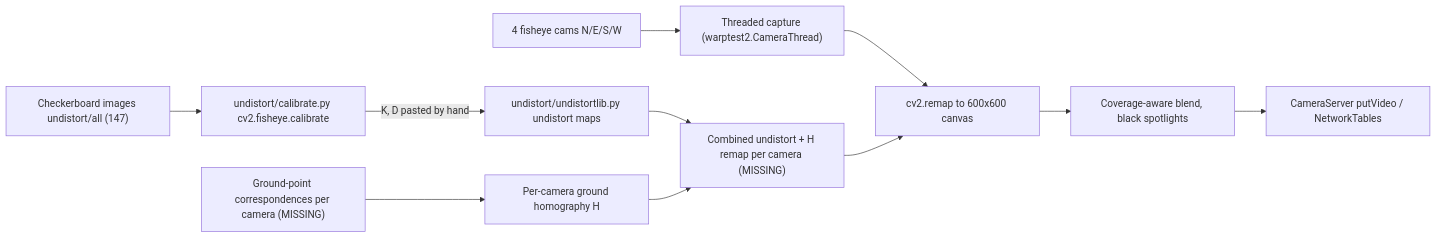
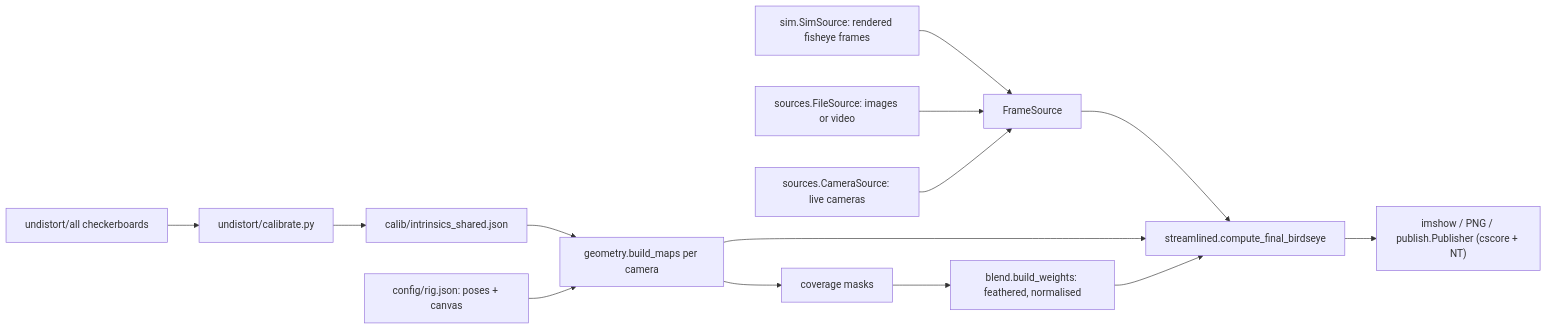
Before and after one commit to rocketbooster1000/BirdsEyeView: the diagram in docs/ARCHITECTURE.md, drawn with Mermaid. The commit also changed other lines of this file and 6 other files, not shown here.

First line of the commit message:
Move experiment scripts to legacy/ and update ARCHITECTURE.md

````diff
--- a/docs/ARCHITECTURE.md
+++ b/docs/ARCHITECTURE.md
@@ -13,13 +21,16 @@
 ```mermaid
 flowchart LR
-    calibImgs["Checkerboard images undistort/all (147)"] --> calibrate["undistort/calibrate.py cv2.fisheye.calibrate"]
-    calibrate -->|"K, D pasted by hand"| undistLib["undistort/undistortlib.py undistort maps"]
-    groundPts["Ground-point correspondences per camera (MISSING)"] --> homog["Per-camera ground homography H"]
-    cams["4 fisheye cams N/E/S/W"] --> capture["Threaded capture (warptest2.CameraThread)"]
-    undistLib --> combinedMap["Combined undistort + H remap per camera (MISSING)"]
-    homog --> combinedMap
-    capture --> remap["cv2.remap to 600x600 canvas"]
-    combinedMap --> remap
-    remap --> blend["Coverage-aware blend, black spotlights"]
-    blend --> publish["CameraServer putVideo / NetworkTables"]
+    calibImgs["undistort/all checkerboards"] --> calibrate["undistort/calibrate.py"]
+    calibrate --> intrJson["calib/intrinsics_shared.json"]
+    intrJson --> maps["geometry.build_maps per camera"]
+    rigJson["config/rig.json: poses + canvas"] --> maps
+    maps --> cov["coverage masks"]
+    cov --> weights["blend.build_weights: feathered, normalised"]
+    sim["sim.SimSource: rendered fisheye frames"] --> sources["FrameSource"]
+    files["sources.FileSource: images or video"] --> sources
+    cams["sources.CameraSource: live cameras"] --> sources
+    sources --> stream["streamlined.compute_final_birdseye"]
+    maps --> stream
+    weights --> stream
+    stream --> out["imshow / PNG / publish.Publisher (cscore + NT)"]
 ```
````
